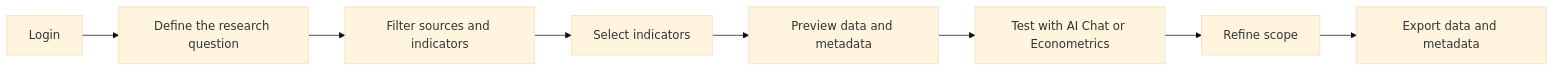
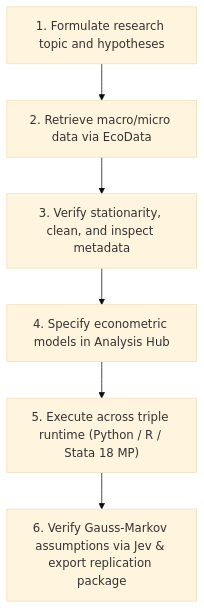
Before and after one commit to vietlod/docs: the diagram in i18n/en/docusaurus-plugin-content-docs/current/ecodata/overview.mdx, drawn with Mermaid (base theme). The commit also changed other lines of this file and 6 other files, not shown here.

Commit message:
feat(ecodata): improve overview with econometrics pipeline, MCP server, Jev co-processor, and animated SVGs

````diff
--- a/i18n/en/docusaurus-plugin-content-docs/current/ecodata/overview.mdx
+++ b/i18n/en/docusaurus-plugin-content-docs/current/ecodata/overview.mdx
@@ -48,10 +269,8 @@
 ```mermaid
-flowchart LR
-  A["Login"] --> B["Define the research question"]
-  B --> C["Filter sources and indicators"]
-  C --> D["Select indicators"]
-  D --> E["Preview data and metadata"]
-  E --> F["Test with AI Chat or Econometrics"]
-  F --> G["Refine scope"]
-  G --> H["Export data and metadata"]
+flowchart TD
+  A["1. Formulate research topic and hypotheses"] --> B["2. Retrieve macro/micro data via EcoData"]
+  B --> C["3. Verify stationarity, clean, and inspect metadata"]
+  C --> D["4. Specify econometric models in Analysis Hub"]
+  D --> E["5. Execute across triple runtime (Python / R / Stata 18 MP)"]
+  E --> F["6. Verify Gauss-Markov assumptions via Jev & export replication package"]
 ```
````
